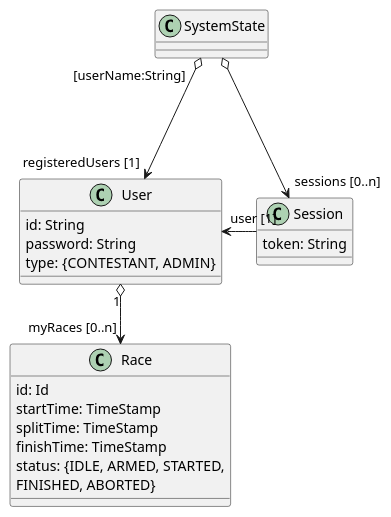
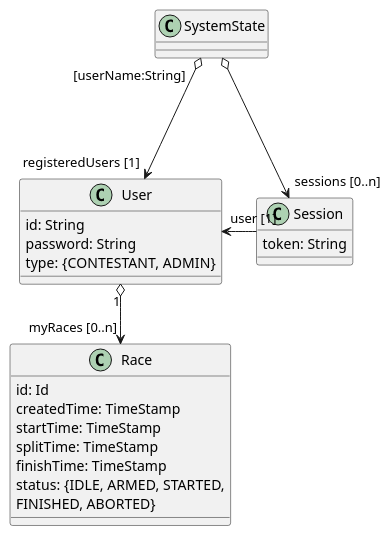
Before and after one commit to CAG-Contactor/cag-cloud-racing: the diagram in docs/users-and-sessions.puml, drawn with PlantUML. The commit also changed 2 other files, not shown here.

```diff
--- a/docs/users-and-sessions.puml
+++ b/docs/users-and-sessions.puml
@@ -1,28 +1,29 @@
 @startuml
 
 class Session {
   token: String
 }
 
 class User {
   id: String
   password: String
   type: {CONTESTANT, ADMIN}
 }
 
 class Race {
   id: Id
+  createdTime: TimeStamp
   startTime: TimeStamp
   splitTime: TimeStamp
   finishTime: TimeStamp
   status: {IDLE, ARMED, STARTED,
   FINISHED, ABORTED}
 }
 
 SystemState o--> "sessions [0..n]" Session
 SystemState "[userName:String]" o-down--> "registeredUsers [1]" User
 
 Session -left-> "user [1]" User
 User "1" o--> "myRaces [0..n]" Race
 
 @enduml
```
